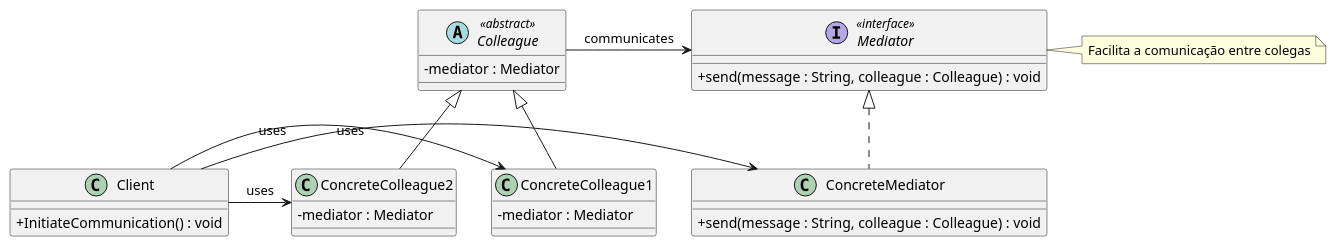
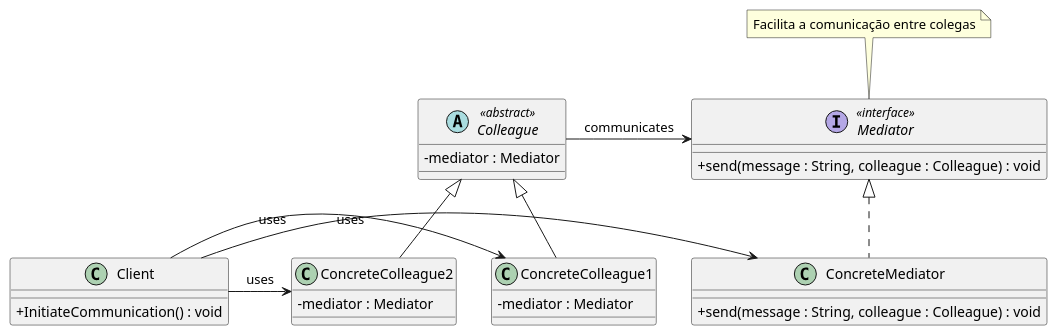
Before and after one commit to growthcodeoficial/ADC-design-patterns-php: the diagram in diagrams/DesignPatterns/Behavioral/17 - Mediator.pu, drawn with PlantUML. The commit also changed 31 other files, not shown here.

Commit message:
add examples of diagrams

```diff
--- a/diagrams/DesignPatterns/Behavioral/17 - Mediator.pu
+++ b/diagrams/DesignPatterns/Behavioral/17 - Mediator.pu
@@ -1,36 +1,36 @@
 @startuml MediatorWithClient
     skinparam classAttributeIconSize 0
 
     interface Mediator <<interface>> {
         +send(message : String, colleague : Colleague) : void
     }
 
     class ConcreteMediator {
         +send(message : String, colleague : Colleague) : void
     }
     
     abstract class Colleague <<abstract>>{
         -mediator : Mediator
     }
     
     class ConcreteColleague1 {
         -mediator : Mediator
     }
     
     class ConcreteColleague2 {
         -mediator : Mediator
     }
 
     class Client {
         +InitiateCommunication() : void
     }
 
     Mediator <|.. ConcreteMediator
     Colleague -> Mediator : communicates
     Colleague <|-- ConcreteColleague1
     Colleague <|-- ConcreteColleague2
     Client -> ConcreteMediator : uses
     Client -> ConcreteColleague1 : uses
     Client -> ConcreteColleague2 : uses
-    note right of Mediator : Facilita a comunicação entre colegas
+    note top of Mediator : Facilita a comunicação entre colegas
 @enduml
```
